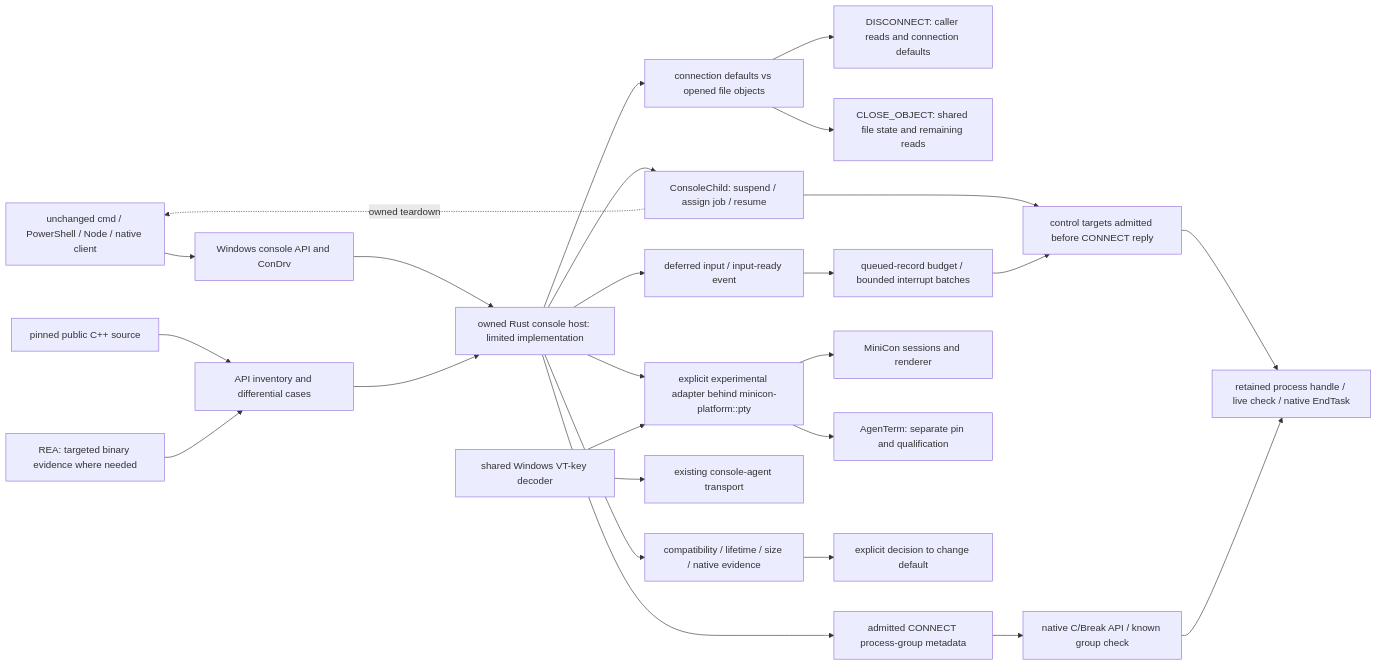
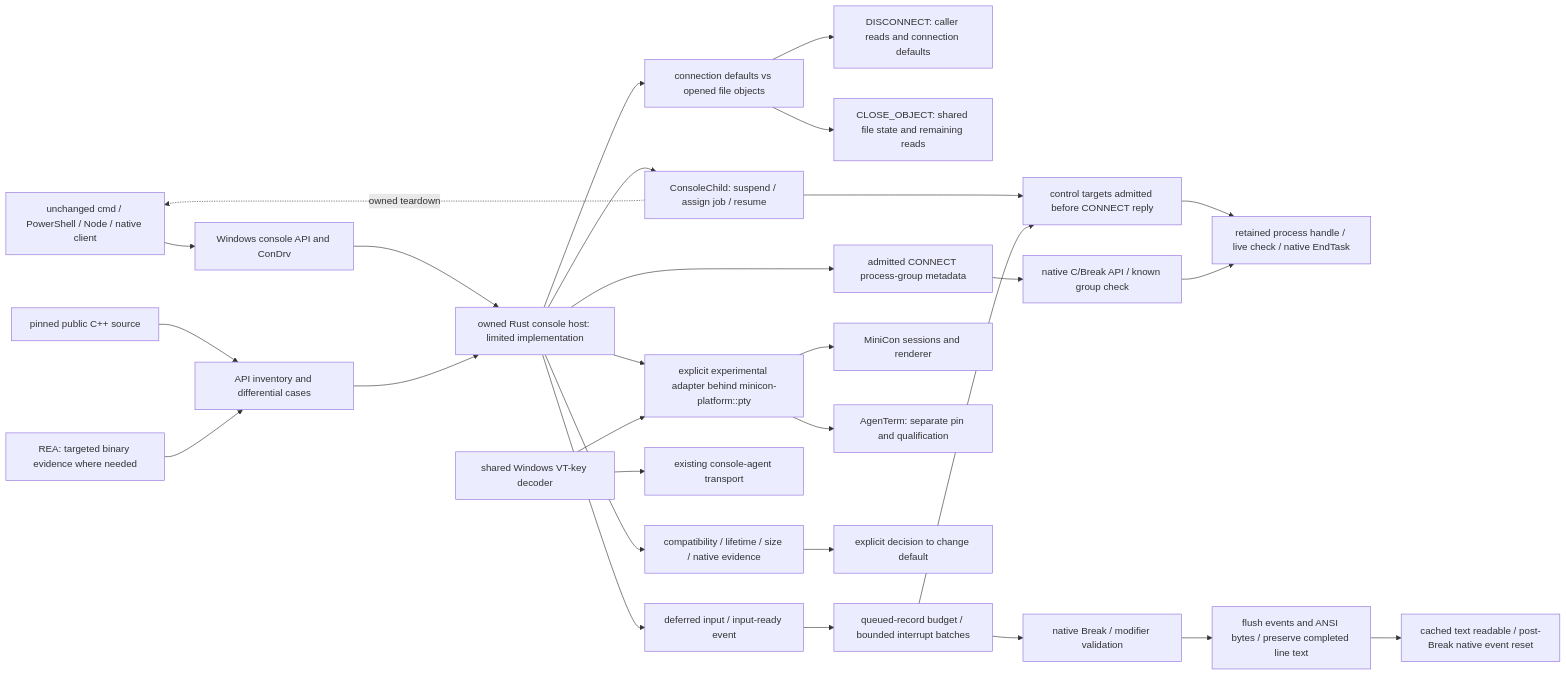
The diagram in prd/PRD_02_34_windows_console_backend.md (partnernetsoftware/minicon), drawn with Mermaid before and after one commit. The commit also changed other lines of this file and 13 other files, not shown here.

Commit message:
feat(console): support native Break keys with correct completed-read semantics

````diff
--- a/prd/PRD_02_34_windows_console_backend.md
+++ b/prd/PRD_02_34_windows_console_backend.md
@@ -58,28 +60,31 @@
 ```mermaid
 flowchart LR
     CLIENT["unchanged cmd / PowerShell / Node / native client"] --> API["Windows console API and ConDrv"]
     API --> HOST["owned Rust console host: limited implementation"]
     HOST --> ADAPTER["explicit experimental adapter behind minicon-platform::pty"]
     HOST --> INPUT["deferred input / input-ready event"]
     HOST --> LIFE["connection defaults vs opened file objects"]
     LIFE --> DEFAULTS["DISCONNECT: caller reads and connection defaults"]
     LIFE --> FILES["CLOSE_OBJECT: shared file state and remaining reads"]
     HOST --> JOB["ConsoleChild: suspend / assign job / resume"]
     JOB --> SIGNAL["control targets admitted before CONNECT reply"]
     SIGNAL --> RETAIN["retained process handle / live check / native EndTask"]
     HOST --> GROUP["admitted CONNECT process-group metadata"]
     GROUP --> GENERATE["native C/Break API / known group check"]
     GENERATE --> RETAIN
     INPUT --> CAP["queued-record budget / bounded interrupt batches"]
     CAP --> SIGNAL
+    CAP --> BRK["native Break / modifier validation"]
+    BRK --> CACHE["flush events and ANSI bytes / preserve completed line text"]
+    CACHE --> READY["cached text readable / post-Break native event reset"]
     JOB -. "owned teardown" .-> CLIENT
     ADAPTER --> MC["MiniCon sessions and renderer"]
     ADAPTER --> AG["AgenTerm: separate pin and qualification"]
     KEYS["shared Windows VT-key decoder"] --> ADAPTER
     KEYS --> OLD["existing console-agent transport"]
     SRC["pinned public C++ source"] --> SPEC["API inventory and differential cases"]
     REA["REA: targeted binary evidence where needed"] --> SPEC
     SPEC --> HOST
     GATE["compatibility / lifetime / size / native evidence"] --> DEFAULT["explicit decision to change default"]
     HOST --> GATE
 ```
````
